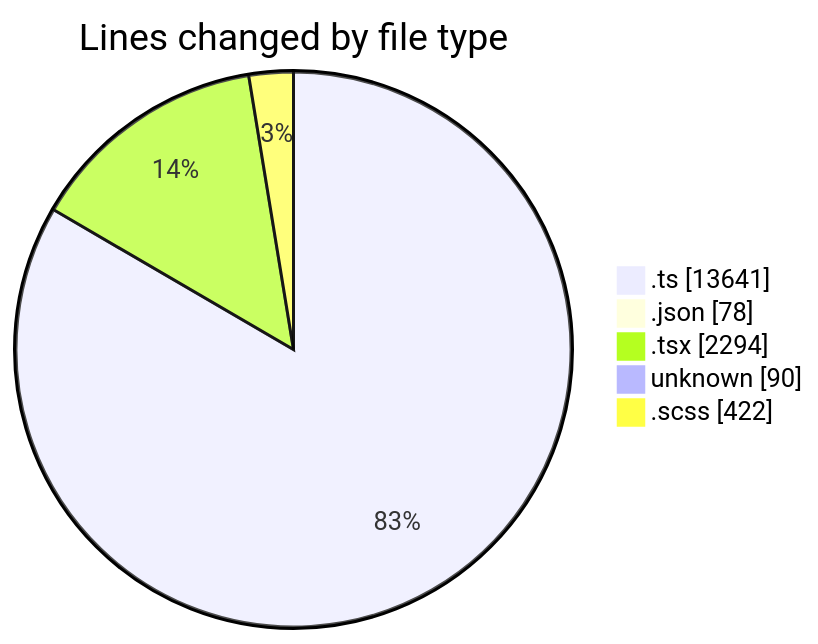
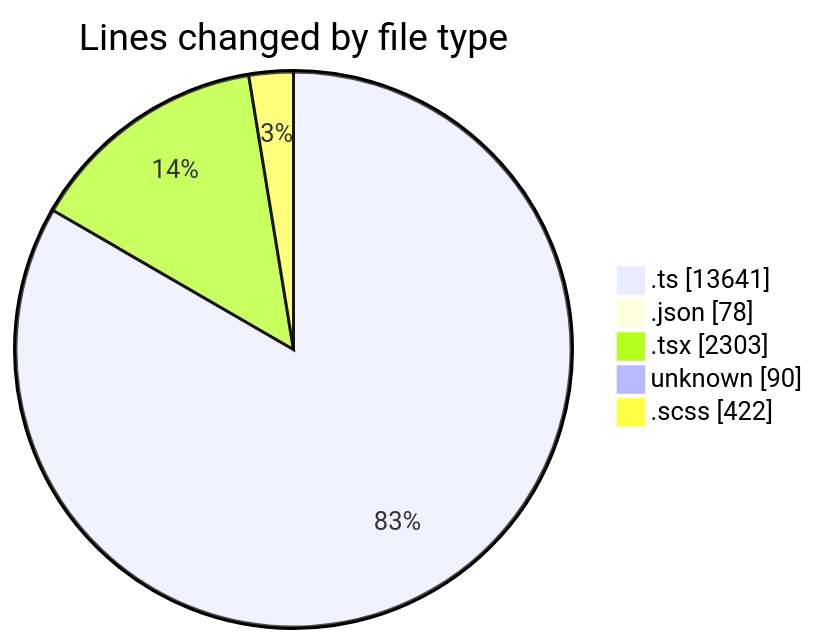
The first of 2 diagrams in 2025-08-29/cda/README.md (momahboobian/code-tracking), drawn with Mermaid before and after one commit. The commit also changed other lines of this file and 1 other file, not shown here.

````diff
--- a/2025-08-29/cda/README.md
+++ b/2025-08-29/cda/README.md
@@ -34,9 +34,9 @@
 ```mermaid
 pie showData
 title Lines changed by file type
 ".ts" : 13641
 ".json" : 78
-".tsx" : 2294
+".tsx" : 2303
 "unknown" : 90
 ".scss" : 422
 ```
````
